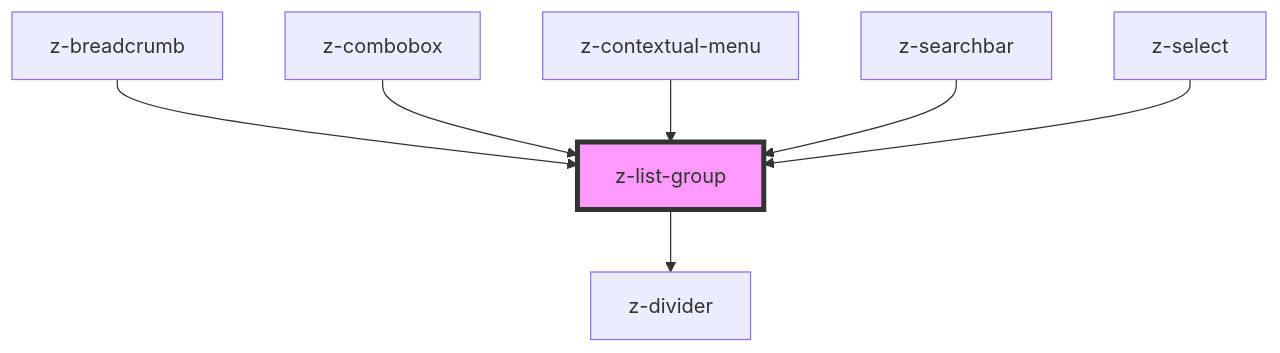
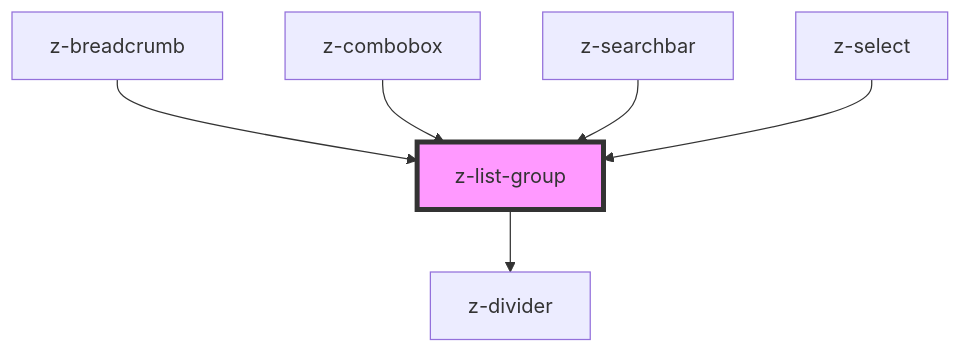
Before and after one commit to ZanichelliEditore/design-system: the diagram in src/components/list/z-list-group/readme.md, drawn with Mermaid. The commit also changed other lines of this file and 12 other files, not shown here.

````diff
--- a/src/components/list/z-list-group/readme.md
+++ b/src/components/list/z-list-group/readme.md
@@ -32,10 +31,9 @@
 ```mermaid
 graph TD;
   z-list-group --> z-divider
   z-breadcrumb --> z-list-group
   z-combobox --> z-list-group
-  z-contextual-menu --> z-list-group
   z-searchbar --> z-list-group
   z-select --> z-list-group
   style z-list-group fill:#f9f,stroke:#333,stroke-width:4px
 ```
````
